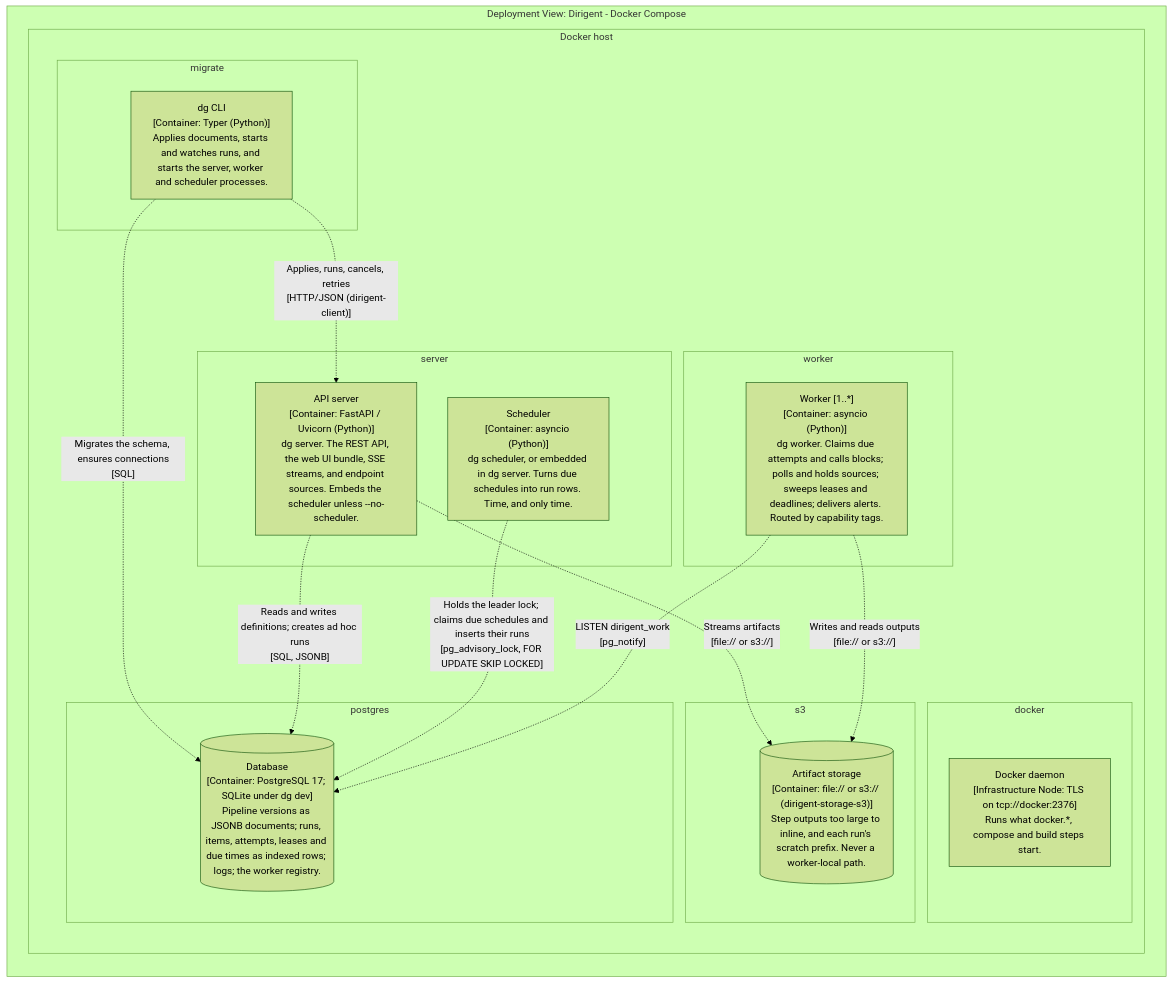
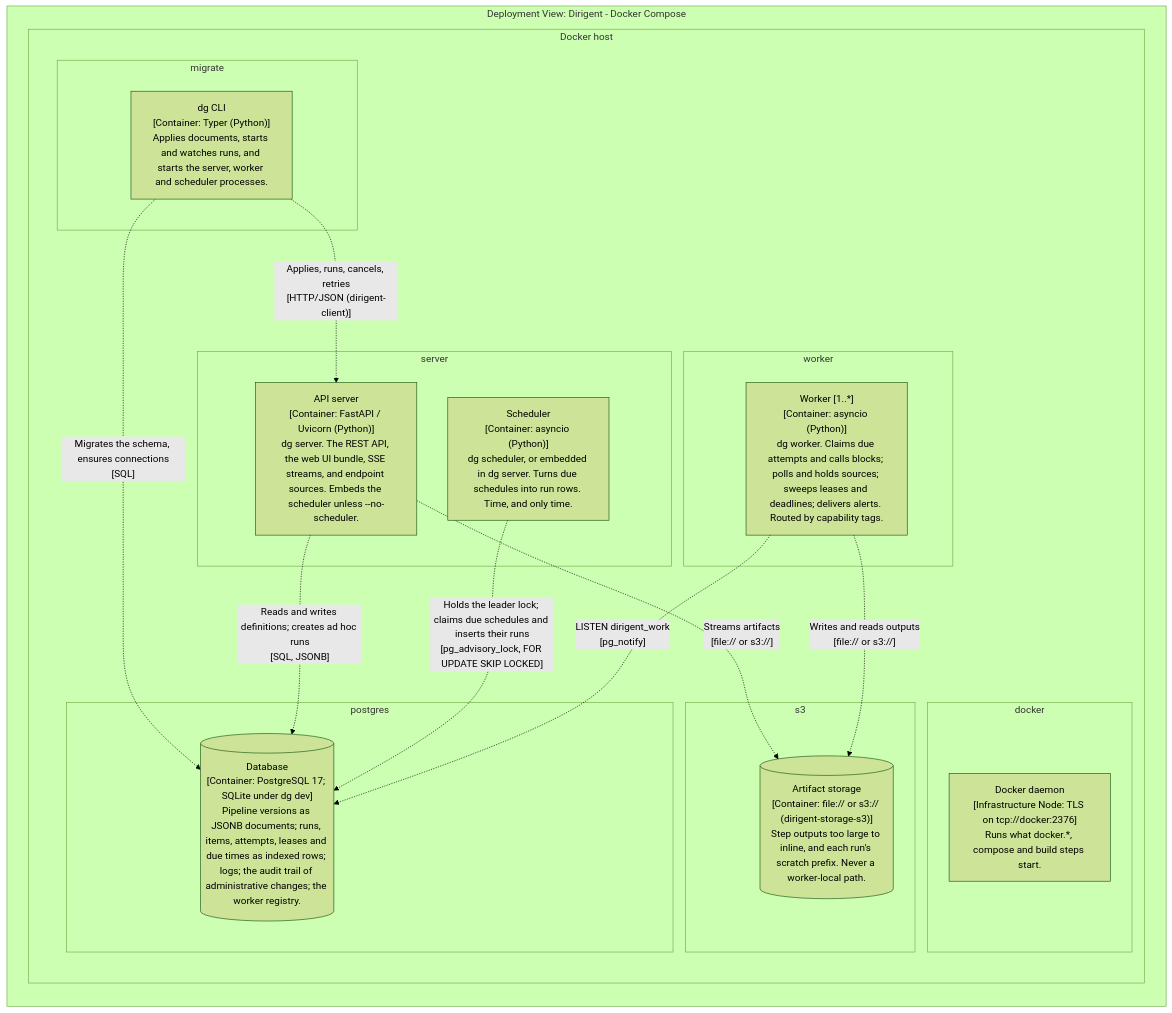
Before and after one commit to winterop-com/dirigent: the eighth of 9 diagrams in docs/architecture-model.md, drawn with Mermaid (forest theme). The commit also changed other lines of this file and 86 other files, not shown here.

First line of the commit message:
feat: an audit trail of every administrative change, dg dev logs at INFO to a file, and an attempt id leads to its run (#516)

````diff
--- a/docs/architecture-model.md
+++ b/docs/architecture-model.md
@@ -316,50 +316,50 @@
 ```mermaid
 graph LR
 
   subgraph diagram ["Deployment View: Dirigent - Docker Compose"]
 
     subgraph 155 ["Docker host"]
 
       subgraph 156 ["postgres"]
 
-        157[("Database<br/>[Container: PostgreSQL 17; SQLite under dg dev]<br/>Pipeline versions as JSONB documents; runs, items, attempts, leases and due times as indexed rows; logs; the worker registry.")]
+        157[("Database<br/>[Container: PostgreSQL 17; SQLite under dg dev]<br/>Pipeline versions as JSONB documents; runs, items, attempts, leases and due times as indexed rows; logs; the audit trail of administrative changes; the worker registry.")]
       end
 
       subgraph 158 ["s3"]
 
         159[("Artifact storage<br/>[Container: file:// or s3:// (dirigent-storage-s3)]<br/>Step outputs too large to inline, and each run's scratch prefix. Never a worker-local path.")]
       end
 
       subgraph 160 ["migrate"]
 
         161["dg CLI<br/>[Container: Typer (Python)]<br/>Applies documents, starts and watches runs, and starts the server, worker and scheduler processes."]
       end
 
       subgraph 163 ["server"]
 
         164["API server<br/>[Container: FastAPI / Uvicorn (Python)]<br/>dg server. The REST API, the web UI bundle, SSE streams, and endpoint sources. Embeds the scheduler unless --no-scheduler."]
         168["Scheduler<br/>[Container: asyncio (Python)]<br/>dg scheduler, or embedded in dg server. Turns due schedules into run rows. Time, and only time."]
       end
 
       subgraph 170 ["worker"]
 
         171["Worker [1..*]<br/>[Container: asyncio (Python)]<br/>dg worker. Claims due attempts and calls blocks; polls and holds sources; sweeps leases and deadlines; delivers alerts. Routed by capability tags."]
       end
 
       subgraph 174 ["docker"]
 
         175["Docker daemon<br/>[Infrastructure Node: TLS on tcp://docker:2376]<br/>Runs what docker.*, compose and build steps start."]
       end
 
     end
 
     161-. "Migrates the schema, ensures connections<br/>[SQL]" .->157
     164-. "Reads and writes definitions; creates ad hoc runs<br/>[SQL, JSONB]" .->157
     164-. "Streams artifacts<br/>[file:// or s3://]" .->159
     161-. "Applies, runs, cancels, retries<br/>[HTTP/JSON (dirigent-client)]" .->164
     168-. "Holds the leader lock; claims due schedules and inserts their runs<br/>[pg_advisory_lock, FOR UPDATE SKIP LOCKED]" .->157
     171-. "LISTEN dirigent_work<br/>[pg_notify]" .->157
     171-. "Writes and reads outputs<br/>[file:// or s3://]" .->159
 
   end
 ```
````
